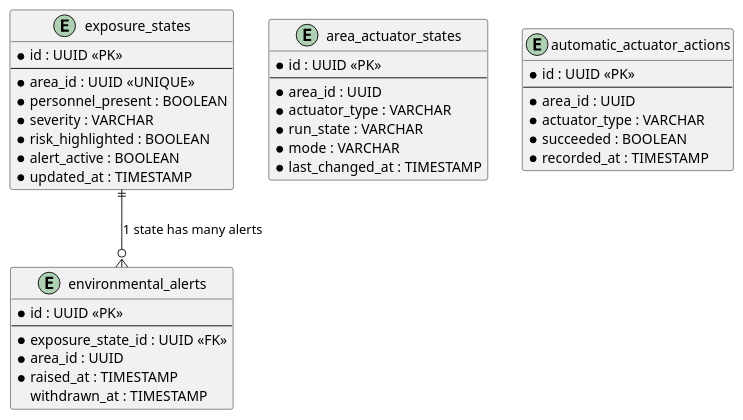
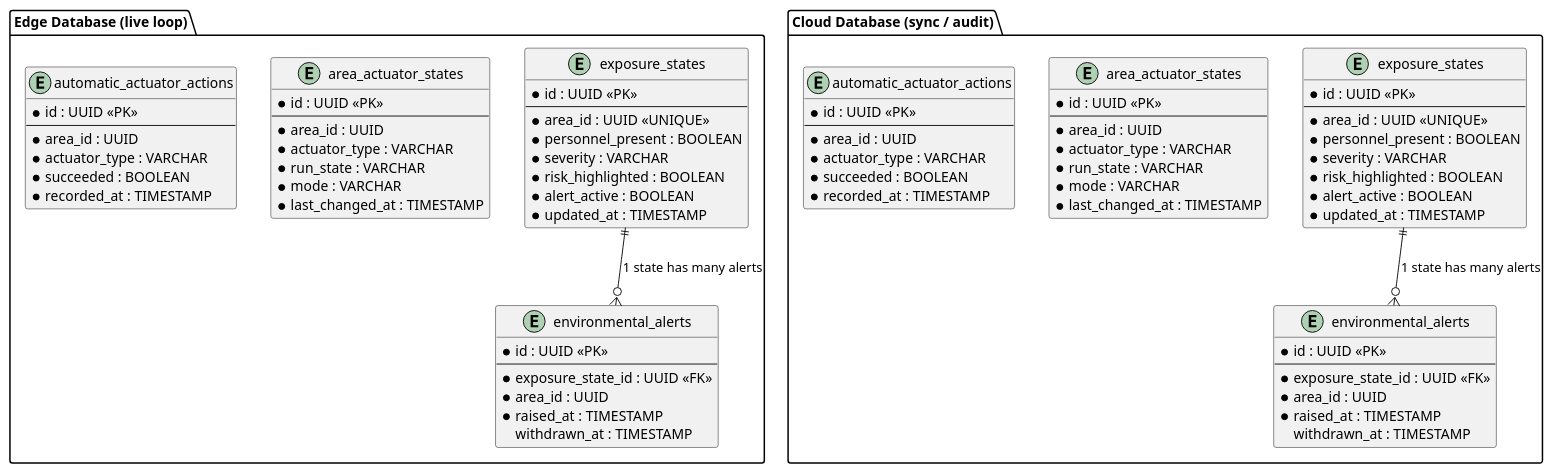
The diagram in docs/diagrams/bounded-contexts/bc-02-safety-actuation-database.puml (Macallys/Report), drawn with PlantUML before and after one commit. The commit also changed 6 other files, not shown here.

```diff
--- a/docs/diagrams/bounded-contexts/bc-02-safety-actuation-database.puml
+++ b/docs/diagrams/bounded-contexts/bc-02-safety-actuation-database.puml
@@ -1,46 +1,93 @@
 @startuml bc-02-safety-actuation-database
 ' Bounded Context Database Design Diagram — Safety & Actuation (§ 4.2.2.6.2)
 ' Modelo relacional lógico; motor TBD. Sin device_id: (area_id, actuator_type) es el relé lógico.
+' DEC-007: mismos hechos en Edge Database (loop vivo) y Cloud Database (sync/auditoría).
+' No copiar estas tablas al esquema de Device & Edge.
 
-entity "exposure_states" as exposure_states {
-  * id : UUID <<PK>>
-  --
-  * area_id : UUID <<UNIQUE>>
-  * personnel_present : BOOLEAN
-  * severity : VARCHAR
-  * risk_highlighted : BOOLEAN
-  * alert_active : BOOLEAN
-  * updated_at : TIMESTAMP
+package "Edge Database (live loop)" {
+  entity "exposure_states" as exposure_states_edge {
+    * id : UUID <<PK>>
+    --
+    * area_id : UUID <<UNIQUE>>
+    * personnel_present : BOOLEAN
+    * severity : VARCHAR
+    * risk_highlighted : BOOLEAN
+    * alert_active : BOOLEAN
+    * updated_at : TIMESTAMP
+  }
+
+  entity "environmental_alerts" as environmental_alerts_edge {
+    * id : UUID <<PK>>
+    --
+    * exposure_state_id : UUID <<FK>>
+    * area_id : UUID
+    * raised_at : TIMESTAMP
+    withdrawn_at : TIMESTAMP
+  }
+
+  entity "area_actuator_states" as area_actuator_states_edge {
+    * id : UUID <<PK>>
+    --
+    * area_id : UUID
+    * actuator_type : VARCHAR
+    * run_state : VARCHAR
+    * mode : VARCHAR
+    * last_changed_at : TIMESTAMP
+  }
+
+  entity "automatic_actuator_actions" as automatic_actuator_actions_edge {
+    * id : UUID <<PK>>
+    --
+    * area_id : UUID
+    * actuator_type : VARCHAR
+    * succeeded : BOOLEAN
+    * recorded_at : TIMESTAMP
+  }
+
+  exposure_states_edge ||--o{ environmental_alerts_edge : "1 state has many alerts"
 }
 
-entity "environmental_alerts" as environmental_alerts {
-  * id : UUID <<PK>>
-  --
-  * exposure_state_id : UUID <<FK>>
-  * area_id : UUID
-  * raised_at : TIMESTAMP
-  withdrawn_at : TIMESTAMP
+package "Cloud Database (sync / audit)" {
+  entity "exposure_states" as exposure_states_cloud {
+    * id : UUID <<PK>>
+    --
+    * area_id : UUID <<UNIQUE>>
+    * personnel_present : BOOLEAN
+    * severity : VARCHAR
+    * risk_highlighted : BOOLEAN
+    * alert_active : BOOLEAN
+    * updated_at : TIMESTAMP
+  }
+
+  entity "environmental_alerts" as environmental_alerts_cloud {
+    * id : UUID <<PK>>
+    --
+    * exposure_state_id : UUID <<FK>>
+    * area_id : UUID
+    * raised_at : TIMESTAMP
+    withdrawn_at : TIMESTAMP
+  }
+
+  entity "area_actuator_states" as area_actuator_states_cloud {
+    * id : UUID <<PK>>
+    --
+    * area_id : UUID
+    * actuator_type : VARCHAR
+    * run_state : VARCHAR
+    * mode : VARCHAR
+    * last_changed_at : TIMESTAMP
+  }
+
+  entity "automatic_actuator_actions" as automatic_actuator_actions_cloud {
+    * id : UUID <<PK>>
+    --
+    * area_id : UUID
+    * actuator_type : VARCHAR
+    * succeeded : BOOLEAN
+    * recorded_at : TIMESTAMP
+  }
+
+  exposure_states_cloud ||--o{ environmental_alerts_cloud : "1 state has many alerts"
 }
 
-entity "area_actuator_states" as area_actuator_states {
-  * id : UUID <<PK>>
-  --
-  * area_id : UUID
-  * actuator_type : VARCHAR
-  * run_state : VARCHAR
-  * mode : VARCHAR
-  * last_changed_at : TIMESTAMP
-}
-
-entity "automatic_actuator_actions" as automatic_actuator_actions {
-  * id : UUID <<PK>>
-  --
-  * area_id : UUID
-  * actuator_type : VARCHAR
-  * succeeded : BOOLEAN
-  * recorded_at : TIMESTAMP
-}
-
-exposure_states ||--o{ environmental_alerts : "1 state has many alerts"
-
 @enduml
```
